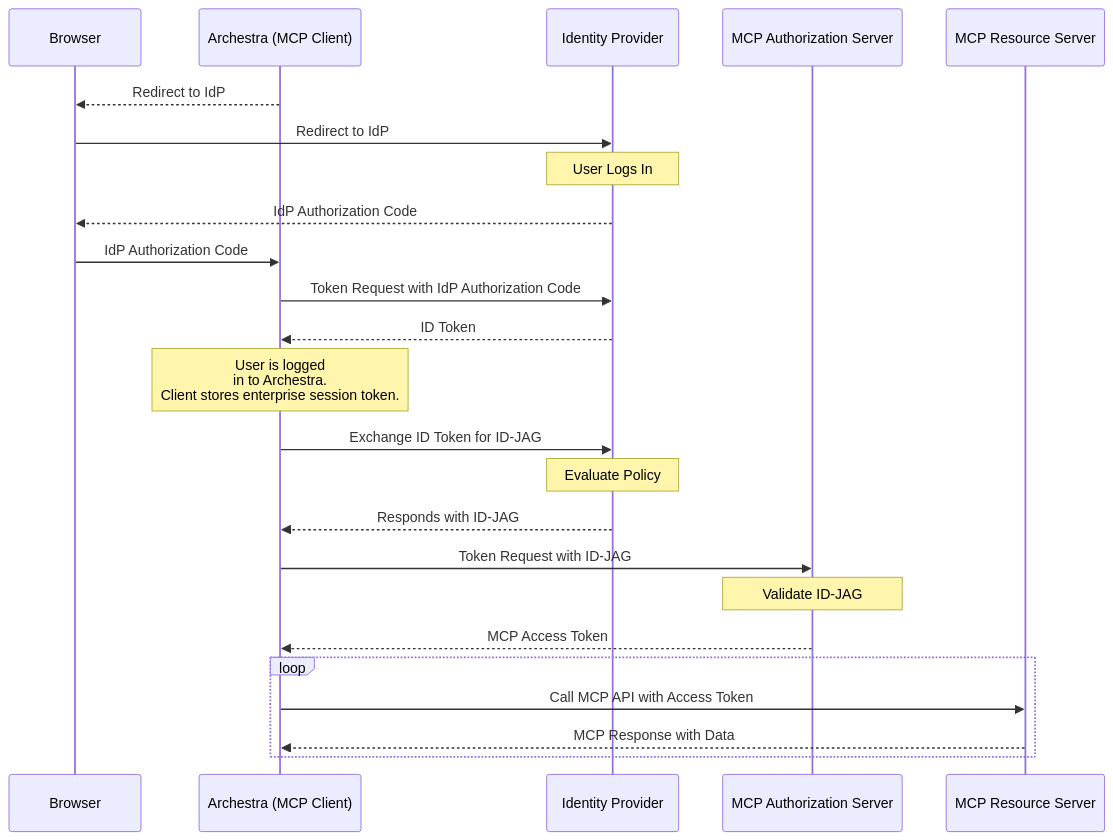
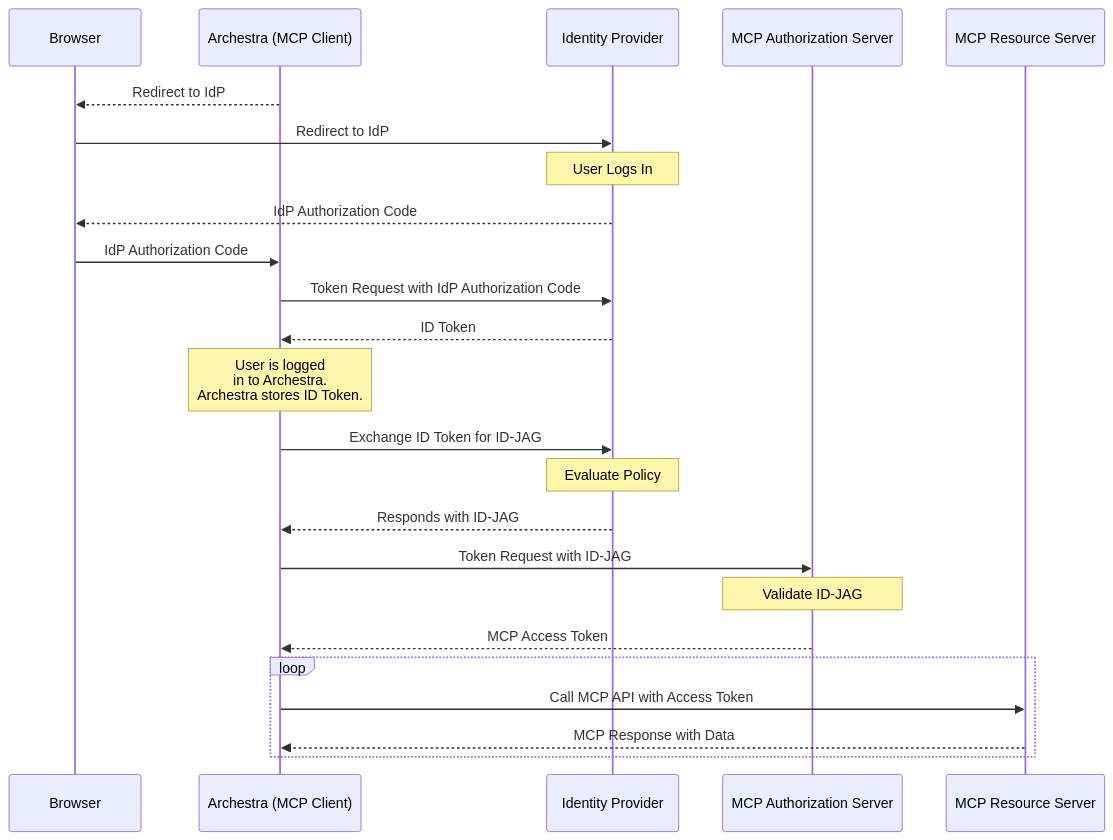
One commit to archestra-ai/website changed the diagram in app/app/blog/content/enterprise-managed-authorization-mcp.md. Above: the diagram before and after it, drawn with Mermaid.

Commit message:
tweak auth diagram note wording

````diff
--- a/app/app/blog/content/enterprise-managed-authorization-mcp.md
+++ b/app/app/blog/content/enterprise-managed-authorization-mcp.md
@@ -42,30 +42,30 @@
 ```mermaid
 sequenceDiagram
     participant UA as Browser
     participant C as Archestra (MCP Client)
     participant IdP as Identity Provider
     participant MAS as MCP Authorization Server
     participant MRS as MCP Resource Server
 
     C-->>UA: Redirect to IdP
     UA->>IdP: Redirect to IdP
     Note over IdP: User Logs In
     IdP-->>UA: IdP Authorization Code
     UA->>C: IdP Authorization Code
     C->>IdP: Token Request with IdP Authorization Code
     IdP-->>C: ID Token
 
-    note over C: User is logged<br/>in to Archestra.<br/>Client stores enterprise session token.
+    note over C: User is logged<br/>in to Archestra.<br/>Archestra stores ID Token.
 
     C->>IdP: Exchange ID Token for ID-JAG
     note over IdP: Evaluate Policy
     IdP-->>C: Responds with ID-JAG
     C->>MAS: Token Request with ID-JAG
     note over MAS: Validate ID-JAG
     MAS-->>C: MCP Access Token
 
     loop
     C->>MRS: Call MCP API with Access Token
     MRS-->>C: MCP Response with Data
     end
 ```
````
